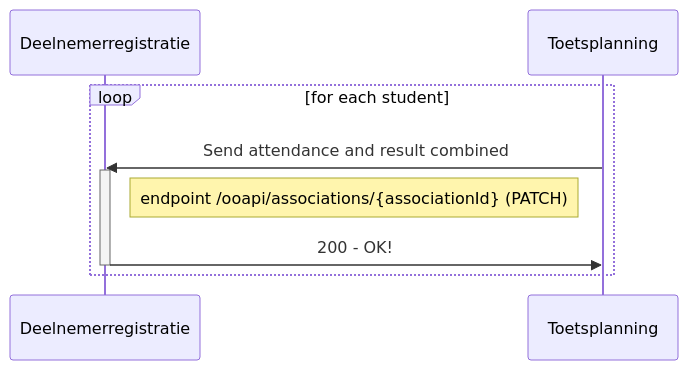
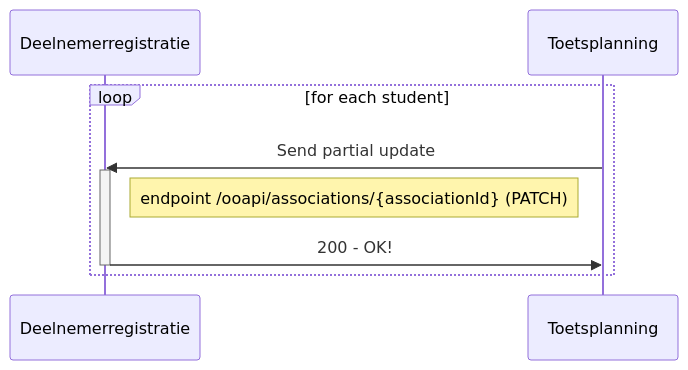
One commit to NetwerkExamineringDigitalisering/NED-OOAPI changed the second of 3 diagrams in doc/flow5.md. Above: the diagram before and after it, drawn with Mermaid. The commit also changed other lines of this file, not shown here.

Commit message:
update for flow 5 #68 mainly visual

````diff
--- a/doc/flow5.md
+++ b/doc/flow5.md
@@ -10,12 +28,12 @@
 ```mermaid
 sequenceDiagram
     participant Deelnemerregistratie
     participant Toetsplanning
     loop for each student
-      Toetsplanning->>Deelnemerregistratie: Send attendance and result combined
+      Toetsplanning->>Deelnemerregistratie: Send partial update 
       activate Deelnemerregistratie
       Note right of Deelnemerregistratie: endpoint /ooapi/associations/{associationId} (PATCH)
       Deelnemerregistratie->>Toetsplanning: 200 - OK!
       deactivate Deelnemerregistratie
     end
 ```
````
